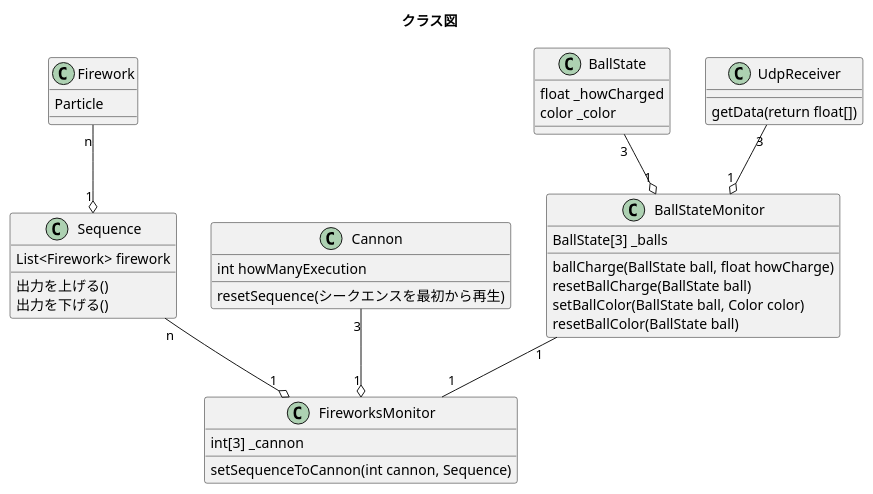
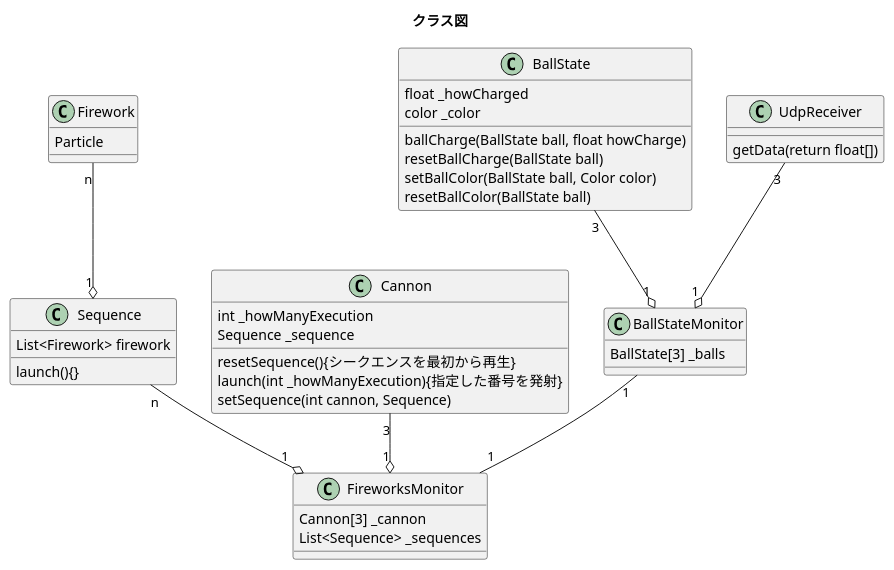
The diagram in Document/UML.wsd (fukatetsu/FireworksWorkshop), drawn with PlantUML before and after one commit.

Commit message:
UML図（大体完成）

```diff
--- a/Document/UML.wsd
+++ b/Document/UML.wsd
@@ -1,57 +1,67 @@
 @startuml
 
 title クラス図
 
 class Firework {
     Particle
 
 }
 
 class Sequence {
     List<Firework> firework
-出力を上げる()
-出力を下げる()
+
+    launch(){}
 }
 
 class FireworksMonitor {
-    int[3] _cannon
-    setSequenceToCannon(int cannon, Sequence)
+    Cannon[3] _cannon
+    List<Sequence> _sequences
+
+
 }
 
 class Cannon{
-    int howManyExecution
+    int _howManyExecution
+    Sequence _sequence
     
-    resetSequence(シークエンスを最初から再生)
+    resetSequence(){シークエンスを最初から再生}
+    launch(int _howManyExecution){指定した番号を発射}
+    setSequence(int cannon, Sequence)
+    
+    
 }
 
 class BallStateMonitor {
     BallState[3] _balls
-    ballCharge(BallState ball, float howCharge)
-    resetBallCharge(BallState ball)
-    setBallColor(BallState ball, Color color)
-    resetBallColor(BallState ball)
+
+    
 }
 
 class BallState{
     float _howCharged
     color _color
+
+    ballCharge(BallState ball, float howCharge)
+    resetBallCharge(BallState ball)
+    setBallColor(BallState ball, Color color)
+    resetBallColor(BallState ball)
 }
 
 class UdpReceiver{
     getData(return float[])
 
 }
 
 Firework "n" --o "1" Sequence
 Sequence "n" --o "1" FireworksMonitor
 
 BallStateMonitor "1" -- "1" FireworksMonitor
 
 UdpReceiver "3" --o "1" BallStateMonitor
 BallState "3" --o "1" BallStateMonitor
 Cannon "3" --o "1" FireworksMonitor
 
 
 
 
 @enduml
```
